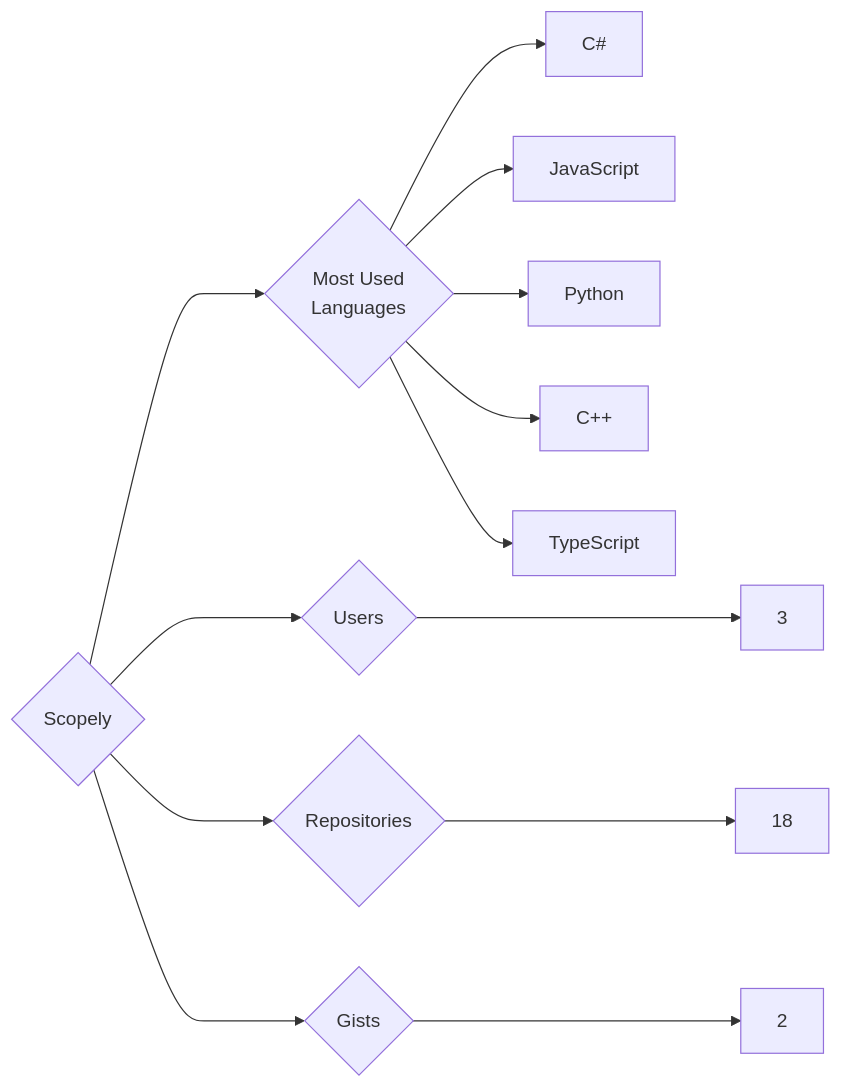
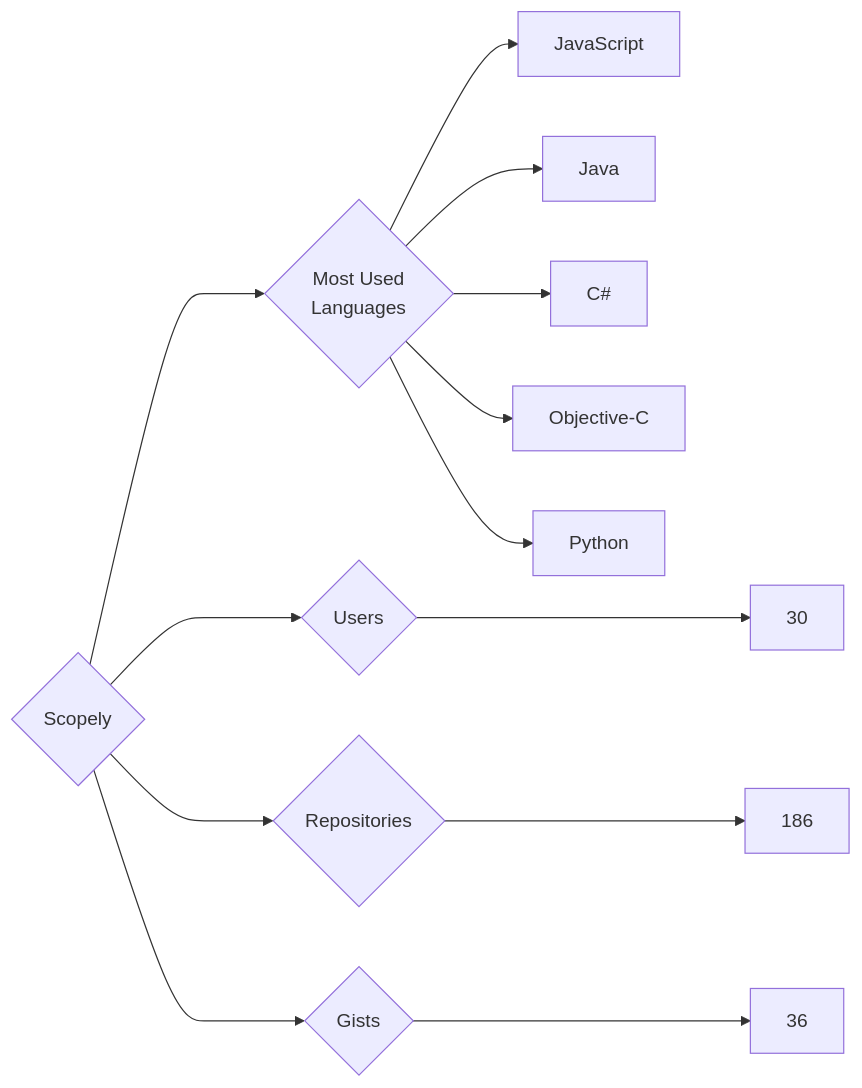
Before and after one commit to trickest/insiders: the diagram in targets/Scopely/README.md, drawn with Mermaid. The commit also changed 1011 other files, not shown here.

````diff
--- a/targets/Scopely/README.md
+++ b/targets/Scopely/README.md
@@ -3,13 +3,13 @@
 ```mermaid
 graph LR
 COMPANY_NAME{Scopely}
-COMPANY_NAME ---> U{Users} ---> UN[3]
-COMPANY_NAME ---> R{Repositories} ---> RN[18]
-COMPANY_NAME ---> G{Gists} ---> GN[2]
+COMPANY_NAME ---> U{Users} ---> UN[30]
+COMPANY_NAME ---> R{Repositories} ---> RN[186]
+COMPANY_NAME ---> G{Gists} ---> GN[36]
 COMPANY_NAME ---> ML{Most Used<br>Languages}
+ML --> JavaScript[JavaScript]
+ML --> Java[Java]
 ML --> C#[C#]
-ML --> JavaScript[JavaScript]
+ML --> Objective-C[Objective-C]
 ML --> Python[Python]
-ML --> C++[C++]
-ML --> TypeScript[TypeScript]
 ```
````
